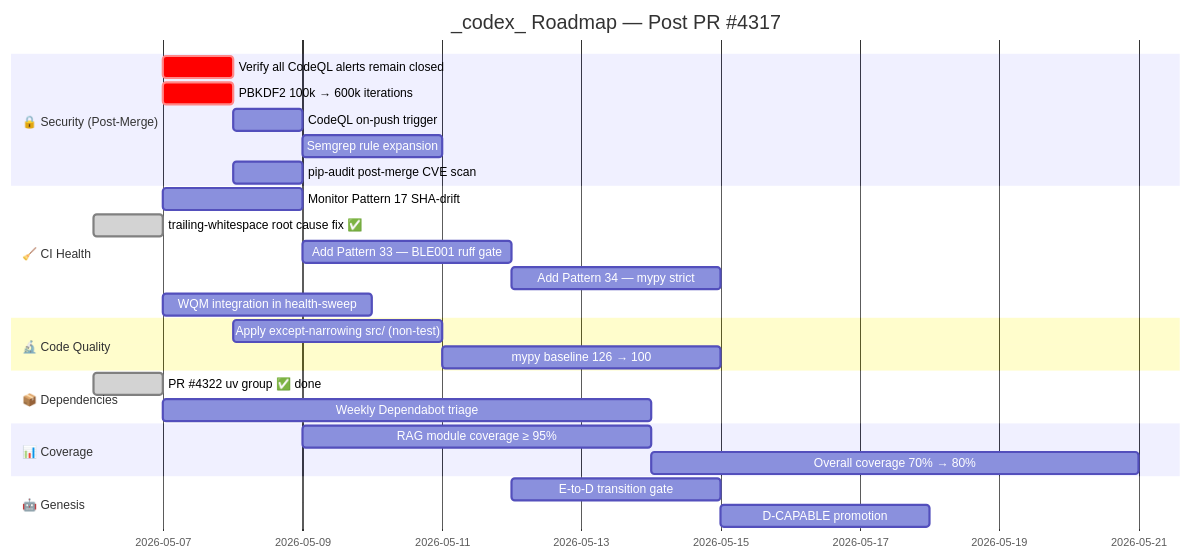
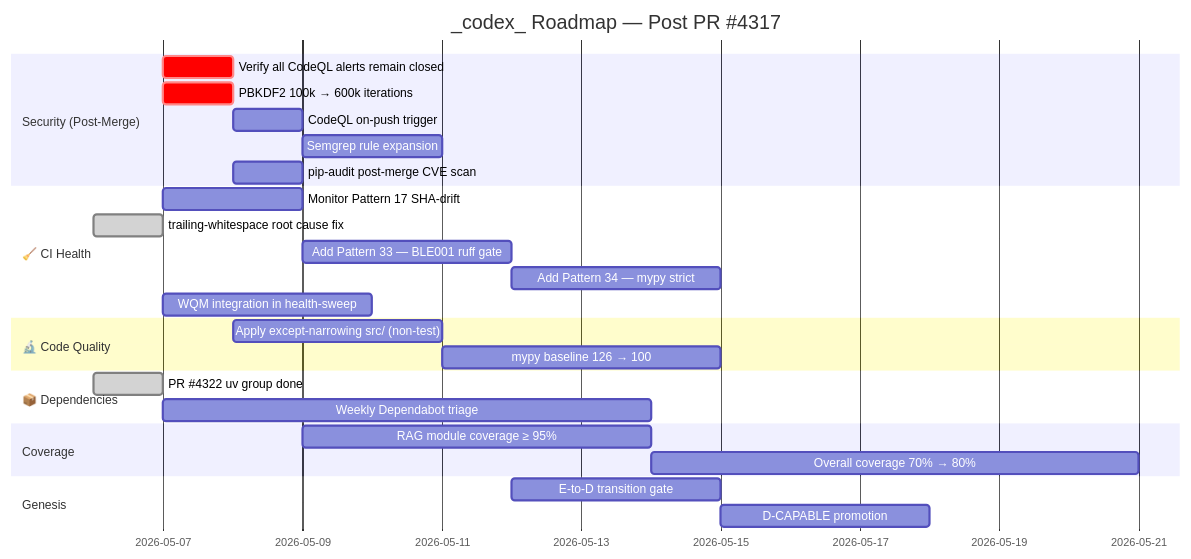
One commit to Aries-Serpent/_codex_ changed the third of 16 diagrams in docs/roadmap/PR4317_whats_next.md. Above: the diagram before and after it, drawn with Mermaid. The commit also changed other lines of this file and 2029 other files, not shown here.

````diff
--- a/docs/roadmap/PR4317_whats_next.md
+++ b/docs/roadmap/PR4317_whats_next.md
@@ -135,30 +137,30 @@
 ```mermaid
 %%{init: {'accessibility': {'title': 'Diagram'}}%%
 gantt
     title _codex_ Roadmap — Post PR #4317
     dateFormat  YYYY-MM-DD
-    section 🔒 Security (Post-Merge)
+    section  Security (Post-Merge)
         Verify all CodeQL alerts remain closed    :crit, sec0, 2026-05-07, 1d
         PBKDF2 100k → 600k iterations             :crit, sec1, 2026-05-07, 1d
         CodeQL on-push trigger                    :sec2, after sec1, 1d
         Semgrep rule expansion                    :sec3, after sec2, 2d
         pip-audit post-merge CVE scan             :sec4, after sec0, 1d
     section 🧹 CI Health
         Monitor Pattern 17 SHA-drift              :ci0, 2026-05-07, 2d
-        trailing-whitespace root cause fix ✅     :done, ci_tw, 2026-05-06, 1d
+        trailing-whitespace root cause fix      :done, ci_tw, 2026-05-06, 1d
         Add Pattern 33 — BLE001 ruff gate         :ci1, after ci0, 3d
         Add Pattern 34 — mypy strict              :ci2, after ci1, 3d
         WQM integration in health-sweep           :ci4, 2026-05-07, 3d
     section 🔬 Code Quality
         Apply except-narrowing src/ (non-test)    :q1, 2026-05-08, 3d
         mypy baseline 126 → 100                   :q2, after q1, 4d
     section 📦 Dependencies
-        PR #4322 uv group ✅ done                 :done, dep0, 2026-05-06, 1d
+        PR #4322 uv group  done                 :done, dep0, 2026-05-06, 1d
         Weekly Dependabot triage                  :dep2, 2026-05-07, 7d
-    section 📊 Coverage
+    section  Coverage
         RAG module coverage ≥ 95%                 :cov1, 2026-05-09, 5d
         Overall coverage 70% → 80%                :cov2, after cov1, 7d
-    section 🤖 Genesis
+    section  Genesis
         E-to-D transition gate                    :gen1, 2026-05-12, 3d
         D-CAPABLE promotion                       :gen2, after gen1, 3d
 ```
````
